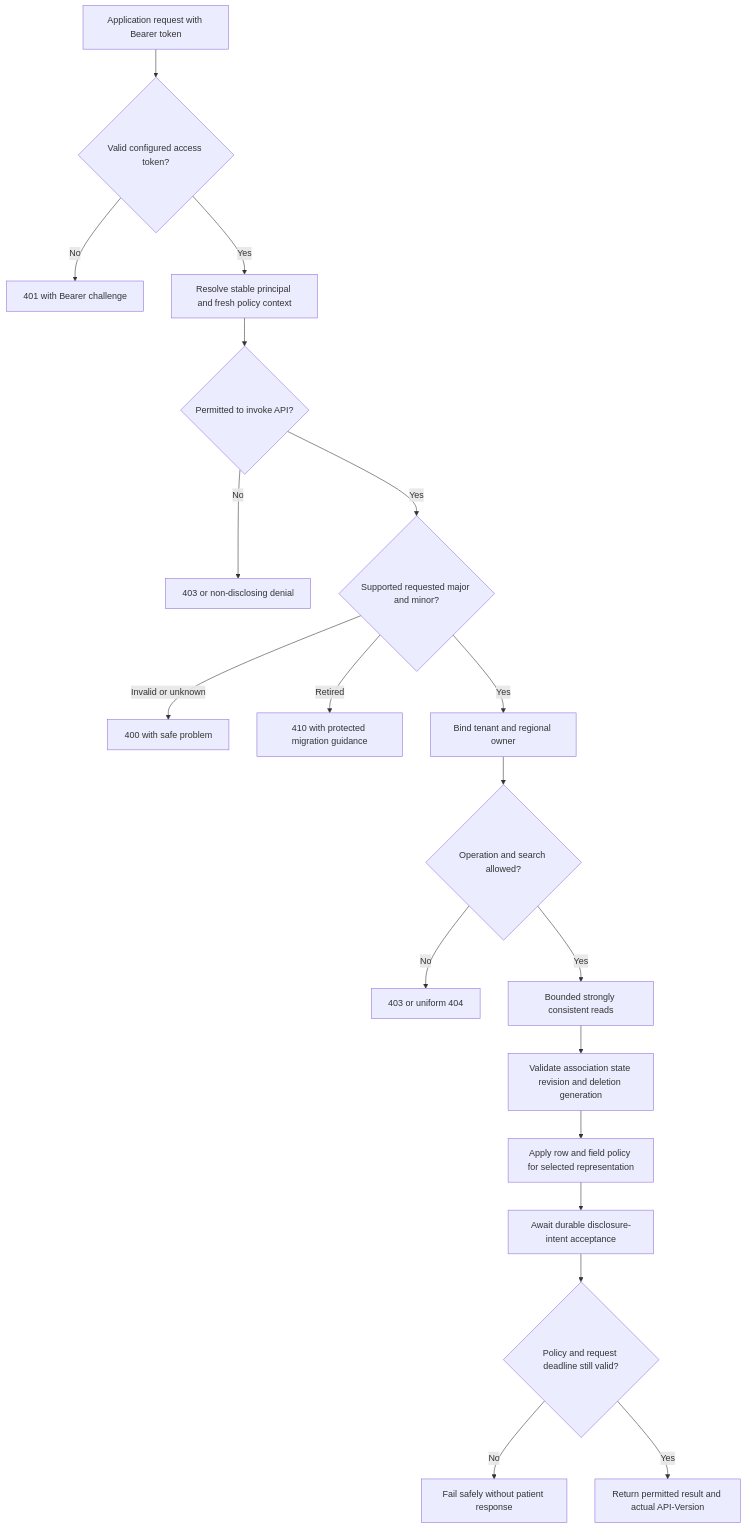
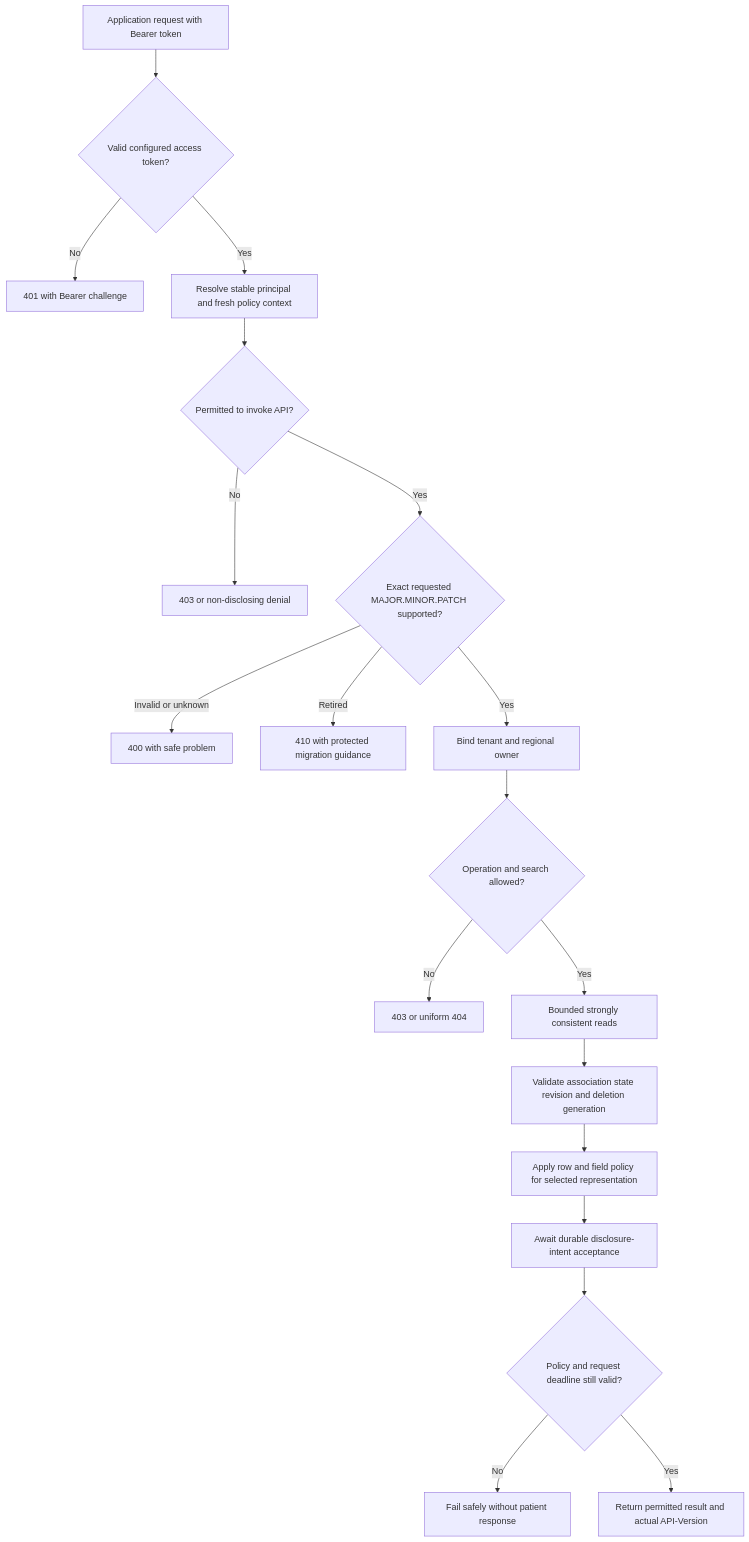
One commit to intel352/patient-contract-design changed the third of 6 diagrams in docs/diagrams.md. Above: the diagram before and after it, drawn with Mermaid. The commit also changed other lines of this file and 24 other files, not shown here.

Commit message:
docs: harden security and fix Mermaid diagrams

````diff
--- a/docs/diagrams.md
+++ b/docs/diagrams.md
@@ -194,21 +196,21 @@
 ```mermaid
 flowchart TD
     Req[Application request with Bearer token] --> Auth{Valid configured access token?}
     Auth -->|No| Unauth[401 with Bearer challenge]
     Auth -->|Yes| Principal[Resolve stable principal and fresh policy context]
     Principal --> Invoke{Permitted to invoke API?}
     Invoke -->|No| Forbidden[403 or non-disclosing denial]
-    Invoke -->|Yes| Version{Supported requested major and minor?}
+    Invoke -->|Yes| Version{Exact requested MAJOR.MINOR.PATCH supported?}
     Version -->|Invalid or unknown| BadVersion[400 with safe problem]
     Version -->|Retired| Gone[410 with protected migration guidance]
     Version -->|Yes| Tenant[Bind tenant and regional owner]
     Tenant --> Permit{Operation and search allowed?}
     Permit -->|No| Deny[403 or uniform 404]
     Permit -->|Yes| Read[Bounded strongly consistent reads]
     Read --> Check[Validate association state revision and deletion generation]
     Check --> Project[Apply row and field policy for selected representation]
     Project --> Audit[Await durable disclosure-intent acceptance]
     Audit --> Fresh{Policy and request deadline still valid?}
     Fresh -->|No| Fail[Fail safely without patient response]
     Fresh -->|Yes| Return[Return permitted result and actual API-Version]
 ```
````
